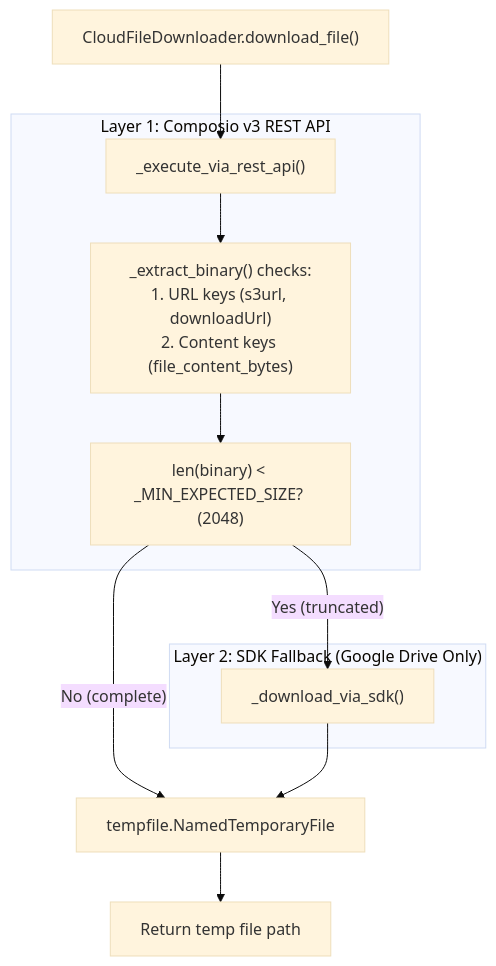
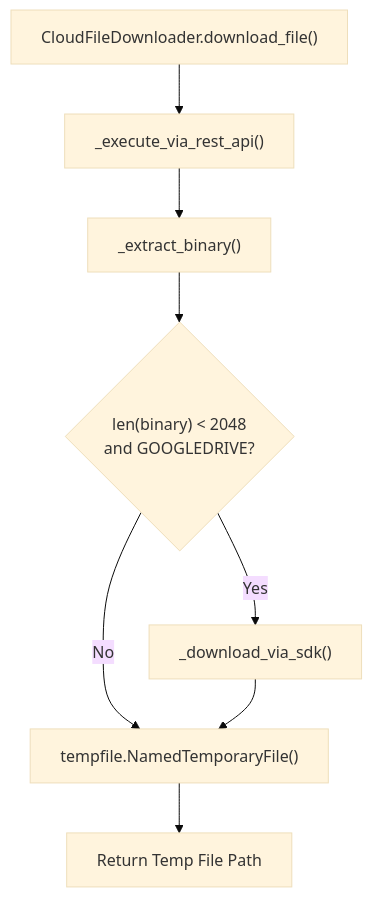
Before and after one commit to AutomatosAI/automatos-ai: the second of 3 diagrams in docs/knowledge-base-rag/cloud-storage-integration.md, drawn with Mermaid (base theme). The commit also changed other lines of this file and 191 other files, not shown here.

````diff
--- a/docs/knowledge-base-rag/cloud-storage-integration.md
+++ b/docs/knowledge-base-rag/cloud-storage-integration.md
@@ -105,27 +103,11 @@
 ```mermaid
 graph TB
-    Start["CloudFileDownloader.download_file()"]
+    Start["CloudFileDownloader.download_file()"] --> RestAPI["_execute_via_rest_api()"]
+    RestAPI --> Extract["_extract_binary()"]
+    Extract --> Check{"len(binary) < 2048<br/>and GOOGLEDRIVE?"}
     
-    subgraph "Layer 1: Composio v3 REST API"
-        RestCall["_execute_via_rest_api()"]
-        ExtractData["_extract_binary() checks:<br/>1. URL keys (s3url, downloadUrl)<br/>2. Content keys (file_content_bytes)"]
-        CheckSize["len(binary) < _MIN_EXPECTED_SIZE? (2048)"]
-    end
-    
-    subgraph "Layer 2: SDK Fallback (Google Drive Only)"
-        SDKCall["_download_via_sdk()"]
-    end
-    
-    WriteTemp["tempfile.NamedTemporaryFile"]
-    Return["Return temp file path"]
-    
-    Start --> RestCall
-    RestCall --> ExtractData
-    ExtractData --> CheckSize
-    
-    CheckSize -->|"Yes (truncated)"| SDKCall
-    CheckSize -->|"No (complete)"| WriteTemp
-    
-    SDKCall --> WriteTemp
-    WriteTemp --> Return
+    Check -->|Yes| SDK["_download_via_sdk()"]
+    Check -->|No| Write["tempfile.NamedTemporaryFile()"]
+    SDK --> Write
+    Write --> Return["Return Temp File Path"]
 ```
````
